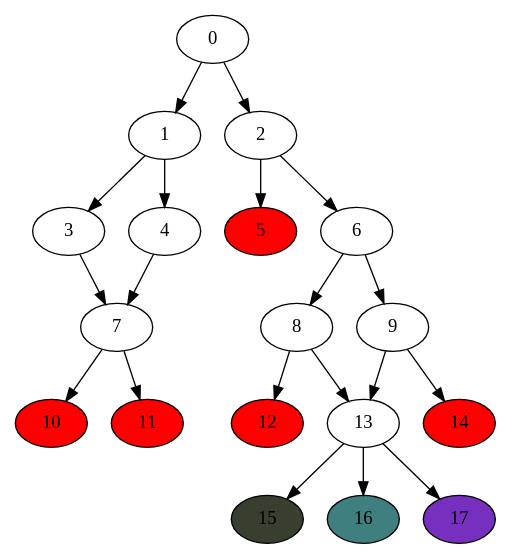
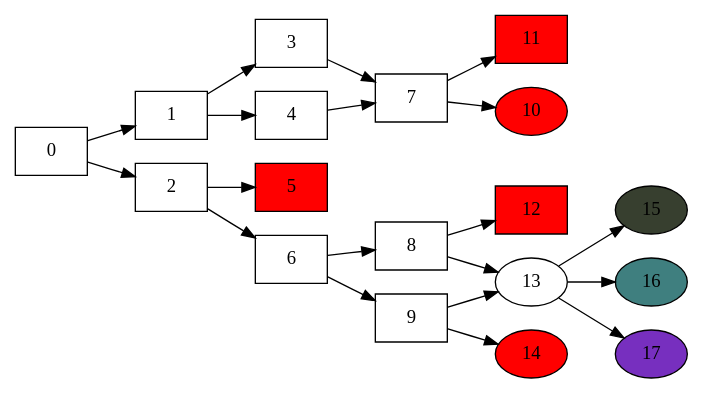
Before and after one commit to MenshovSergey/Fitch: the diagram in start_cactus.dot, drawn with Graphviz. The commit also changed 4 other files, not shown here.

```diff
--- a/start_cactus.dot
+++ b/start_cactus.dot
@@ -1,29 +1,42 @@
 digraph start_cactus{
+rankdir=LR
+0 [shape=box]
+1 [shape=box]
+2 [shape=box]
+3 [shape=box]
+4 [shape=box]
+5 [shape=box]
+6 [shape=box]
+7 [shape=box]
+8 [shape=box]
+9 [shape=box]
+11 [shape=box]
+12 [shape=box]
 0->1;
 1->3;
 3->7;
 7->10;
 10 [style=filled,fillcolor="1.0 1.0 1.0"]
 7->11;
 11 [style=filled,fillcolor="1.0 1.0 1.0"]
 1->4;
 4->7;
 0->2;
 2->5;
 5 [style=filled,fillcolor="1.0 1.0 1.0"]
 2->6;
 6->8;
 8->12;
 12 [style=filled,fillcolor="1.0 1.0 1.0"]
 8->13;
 13->15;
 15 [style=filled,fillcolor="0.25 0.25 0.25"]
 13->16;
 16 [style=filled,fillcolor="0.5 0.5 0.5"]
 13->17;
 17 [style=filled,fillcolor="0.75 0.75 0.75"]
 6->9;
 9->13;
 9->14;
 14 [style=filled,fillcolor="1.0 1.0 1.0"]
 }
```
